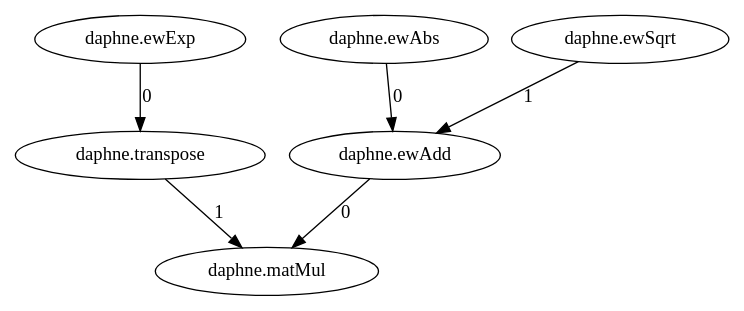
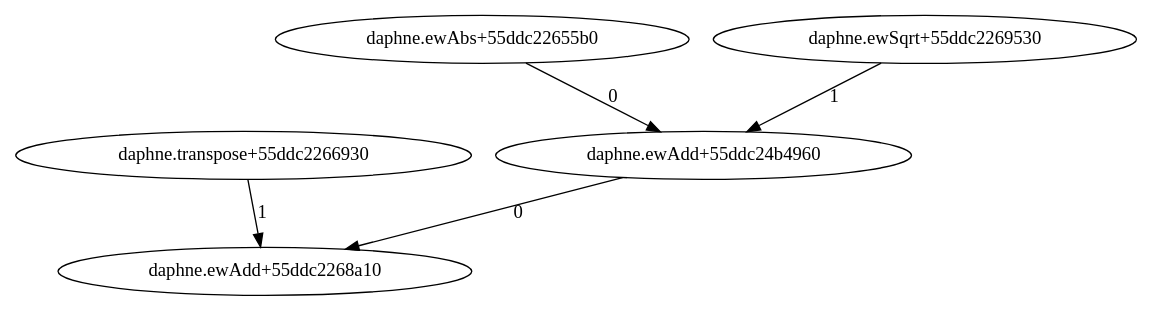
Before and after one commit to sweetpellegrino/daphne: the diagram in test.dot, drawn with Graphviz. The commit also changed 4 other files, not shown here.

```diff
--- a/test.dot
+++ b/test.dot
@@ -1,7 +1,6 @@
 digraph G {
-"daphne.ewAdd" -> "daphne.matMul" [label="0"];
-"daphne.transpose" -> "daphne.matMul" [label="1"];
-"daphne.ewExp" -> "daphne.transpose" [label="0"];
-"daphne.ewAbs" -> "daphne.ewAdd" [label="0"];
-"daphne.ewSqrt" -> "daphne.ewAdd" [label="1"];
+"daphne.ewAdd+55ddc24b4960" -> "daphne.ewAdd+55ddc2268a10" [label="0"];
+"daphne.transpose+55ddc2266930" -> "daphne.ewAdd+55ddc2268a10" [label="1"];
+"daphne.ewAbs+55ddc22655b0" -> "daphne.ewAdd+55ddc24b4960" [label="0"];
+"daphne.ewSqrt+55ddc2269530" -> "daphne.ewAdd+55ddc24b4960" [label="1"];
 }
```
